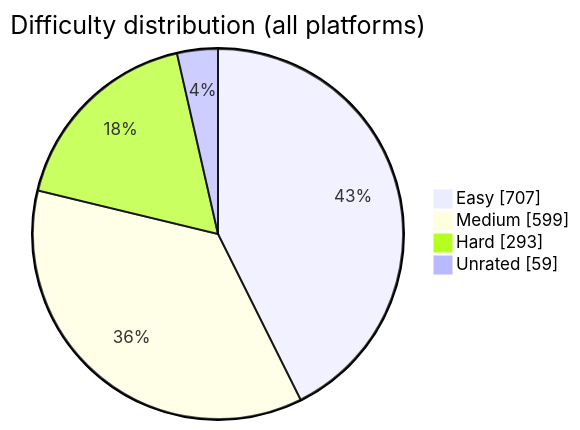
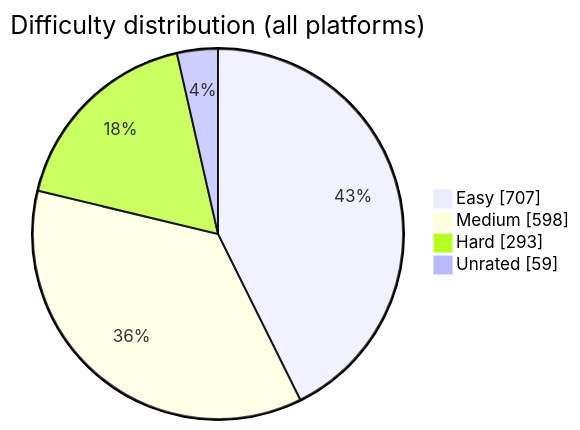
The diagram in README.md (BuildbyArindam/Daily-Coding-Log), drawn with Mermaid before and after one commit. The commit also changed other lines of this file, not shown here.

````diff
--- a/README.md
+++ b/README.md
@@ -93,7 +93,7 @@
 ```mermaid
 pie showData title Difficulty distribution (all platforms)
     "Easy" : 707
-    "Medium" : 599
+    "Medium" : 598
     "Hard" : 293
     "Unrated" : 59
 ```
````
